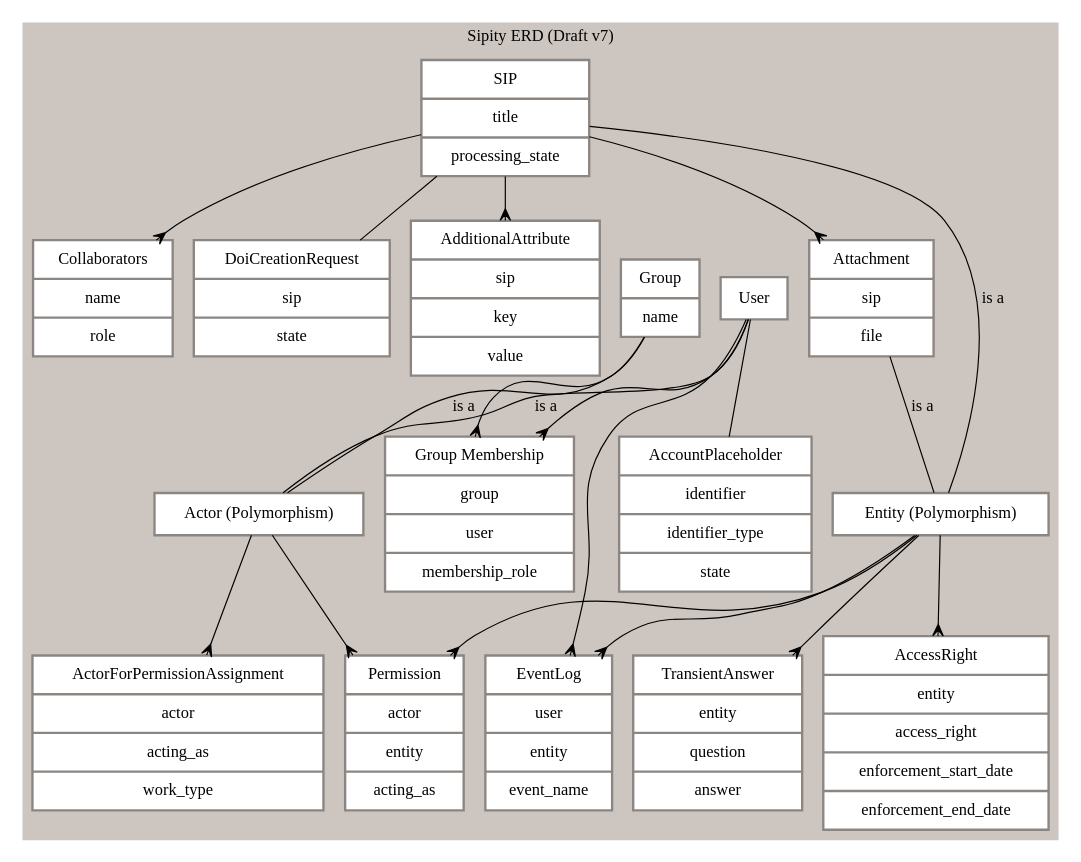
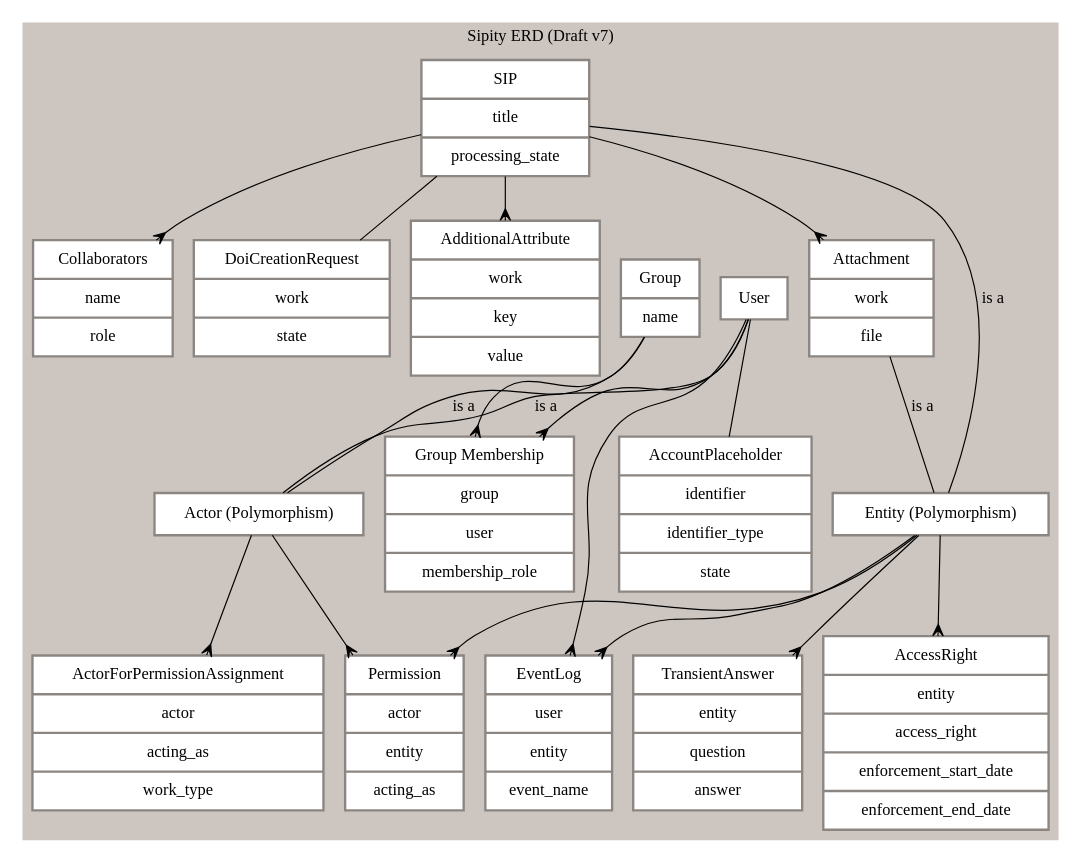
The diagram in artifacts/sipity-erd.dot (scholarworks/sipity), drawn with Graphviz before and after one commit. The commit also changed 93 other files, not shown here.

Commit message:
Renaming /sip[^i]/ to work$1

```diff
--- a/artifacts/sipity-erd.dot
+++ b/artifacts/sipity-erd.dot
@@ -1,54 +1,54 @@
 digraph "G" {
     compound=true;
     node[color="grey15" shape=record penwidth=2 margin="0.15, 0.125"];
 
     subgraph cluster_0 {
         label="Sipity ERD (Draft v7)"
         color="seashell3"
         style="filled"
         node[style=filled fillcolor=white color="seashell4"]
         edge[arrowhead="crow"]
 
         user[label="{ User }"]
         group_entity[label="{ Group | name }"]
         group_membership[label="{ Group Membership | group | user | membership_role }"]
-        sip[label="{ SIP | title | processing_state }"]
+        work[label="{ SIP | title | processing_state }"]
         event_log[label="{ EventLog | user | entity | event_name }"]
         permission[label="{ Permission | actor | entity | acting_as }"]
         collaborators[label="{ Collaborators | name | role }"]
         account_placeholder[label="{ AccountPlaceholder | identifier | identifier_type | state }"]
-        doi_creation_request[label="{ DoiCreationRequest | sip | state }"]
-        additional_attributes[label="{ AdditionalAttribute | sip | key | value }"]
+        doi_creation_request[label="{ DoiCreationRequest | work | state }"]
+        additional_attributes[label="{ AdditionalAttribute | work | key | value }"]
         ActorForPermissionAssignment[label="{ ActorForPermissionAssignment | actor | acting_as | work_type }"]
         AccessRight[label="{ AccessRight | entity | access_right | enforcement_start_date | enforcement_end_date }"]
         TransientAnswer[label="{ TransientAnswer | entity | question | answer }"]
-        attachment[label="{ Attachment | sip | file }"]
+        attachment[label="{ Attachment | work | file }"]
         entity[label="Entity (Polymorphism)"]
         actor[label="Actor (Polymorphism)"]
 
         user -> group_membership
         group_entity -> group_membership
-        sip -> attachment
+        work -> attachment
 
         attachment -> entity[label="is a" arrowhead=none]
-        sip -> entity[label="is a" arrowhead=none]
+        work -> entity[label="is a" arrowhead=none]
 
         entity -> AccessRight
         entity -> TransientAnswer
         entity -> permission
         entity -> event_log
 
         group_entity -> actor[label="is a" arrowhead=none]
         user -> actor[label="is a" arrowhead=none]
         user -> event_log
 
         actor -> ActorForPermissionAssignment
         actor -> permission
 
-        sip -> collaborators
-        sip -> additional_attributes
-        sip -> doi_creation_request[arrowhead=none]
+        work -> collaborators
+        work -> additional_attributes
+        work -> doi_creation_request[arrowhead=none]
         user -> account_placeholder[arrowhead=none]
     }
 
 }
```
